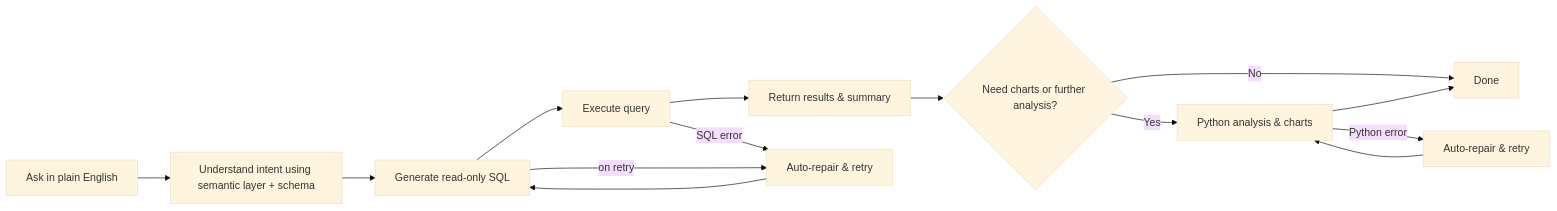
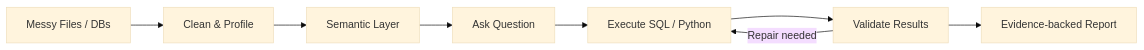
Before and after one commit to MoonMao42/ReceiptBI: the diagram in README.md, drawn with Mermaid (base theme). The commit also changed other lines of this file and 365 other files, not shown here.

First line of the commit message:
feat: ReceiptBI v3 — conversational data analysis with reports, semantic layer, and desktop app

````diff
--- a/README.md
+++ b/README.md
@@ -22,16 +22,10 @@
 ```mermaid
 flowchart LR
-    query["Ask in plain English"] --> context["Understand intent using semantic layer + schema"]
-    context --> sql["Generate read-only SQL"]
-    sql --> execute["Execute query"]
-    execute --> result["Return results & summary"]
-    result --> decision{"Need charts or further analysis?"}
-    decision -->|Yes| python["Python analysis & charts"]
-    decision -->|No| done["Done"]
-    python --> done
-    execute -->|SQL error| repair_sql["Auto-repair & retry"]
-    sql -->|on retry| repair_sql
-    python -->|Python error| repair_py["Auto-repair & retry"]
-    repair_sql --> sql
-    repair_py --> python
+    data["Messy Files / DBs"] --> prep["Clean & Profile"]
+    prep --> semantic["Semantic Layer"]
+    semantic --> ask["Ask Question"]
+    ask --> run["Execute SQL / Python"]
+    run --> validate["Validate Results"]
+    validate -->|Repair needed| run
+    validate --> report["Evidence-backed Report"]
 ```
````
